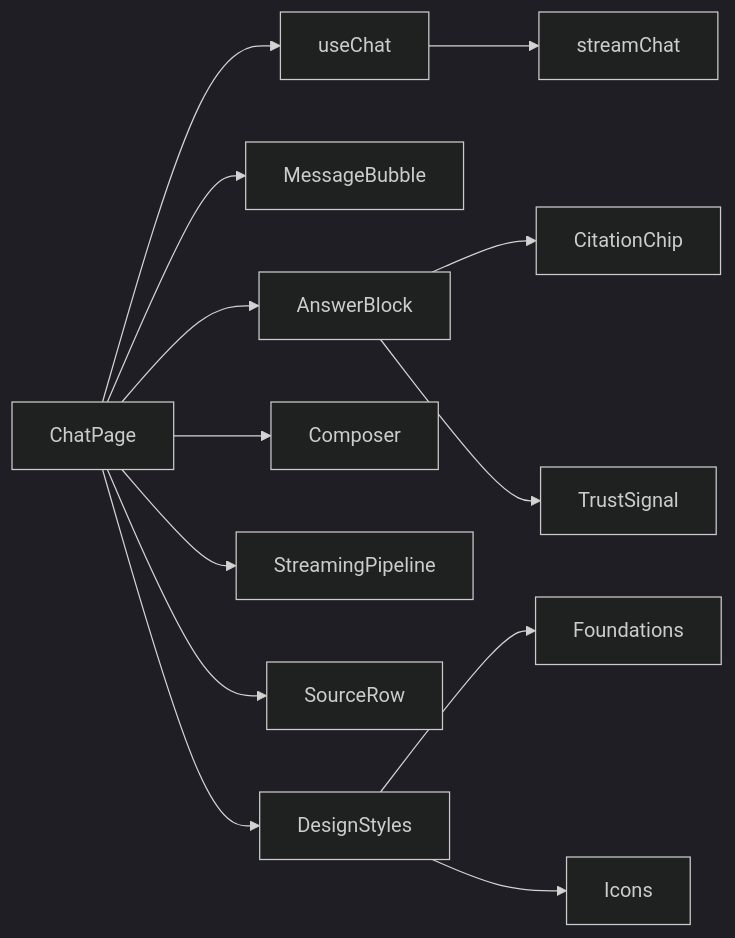
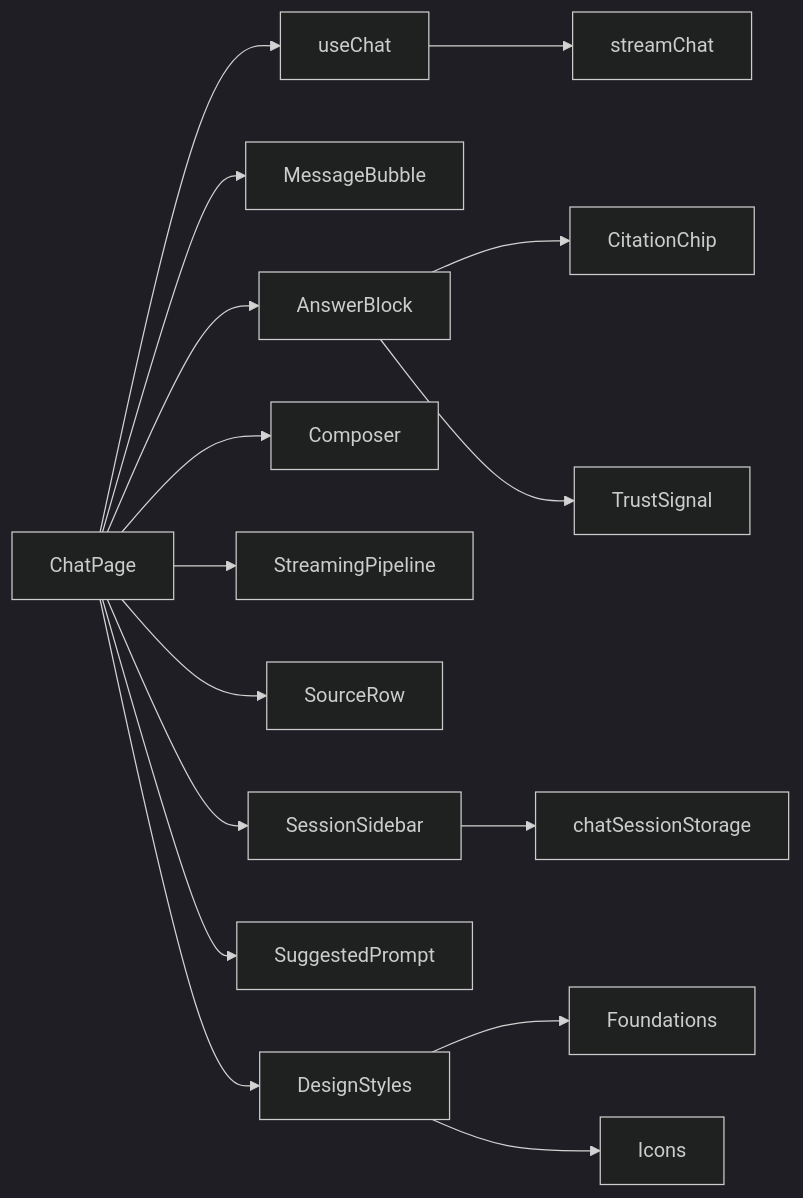
One commit to genes8/private-ai changed the sixth of 6 diagrams in .qoder/repowiki/en/content/Design System/Component Library/Chat Interface Components.md. Above: the diagram before and after it, drawn with Mermaid (dark theme). The commit also changed other lines of this file and 36 other files, not shown here.

````diff
--- a/.qoder/repowiki/en/content/Design System/Component Library/Chat Interface Components.md
+++ b/.qoder/repowiki/en/content/Design System/Component Library/Chat Interface Components.md
@@ -455,15 +565,18 @@
 ```mermaid
 graph LR
 ChatPage --> useChat
 useChat --> ApiChat["streamChat"]
 ChatPage --> MessageBubble
 ChatPage --> AnswerBlock
 ChatPage --> Composer
 ChatPage --> StreamingPipeline
 ChatPage --> SourceRow
+ChatPage --> SessionSidebar
+ChatPage --> SuggestedPrompt
 AnswerBlock --> CitationChip
 AnswerBlock --> TrustSignal
+SessionSidebar --> chatSessionStorage
 ChatPage --> DesignStyles
 DesignStyles --> Foundations
 DesignStyles --> Icons
 ```
````
